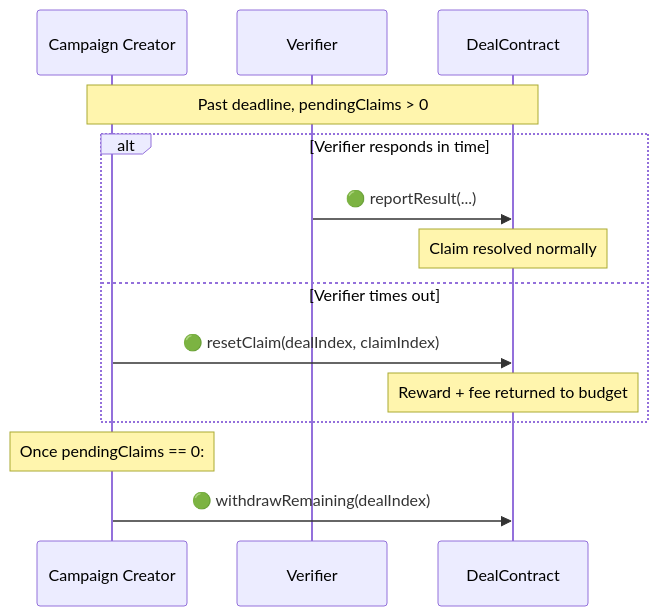
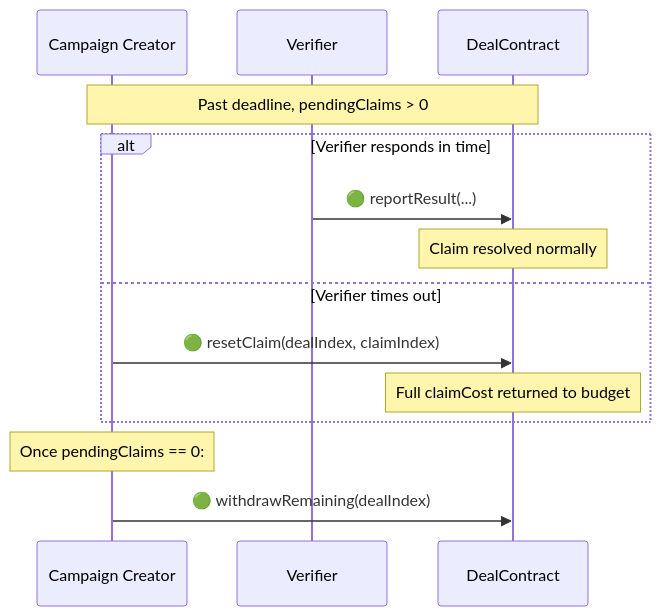
The fifth of 5 diagrams in examples/x-follow/x-follow-design.md (synctxai/synctx), drawn with Mermaid before and after one commit. The commit also changed other lines of this file and 1 other file, not shown here.

First line of the commit message:
docs(x-follow): per-claim protocol fee from budget, no upfront fee at creation

````diff
--- a/examples/x-follow/x-follow-design.md
+++ b/examples/x-follow/x-follow-design.md
@@ -305,19 +309,19 @@
 ```mermaid
 sequenceDiagram
     participant A as Campaign Creator
     participant V as Verifier
     participant D as DealContract
 
     Note over A,D: Past deadline, pendingClaims > 0
 
     alt Verifier responds in time
         V->>D: 🟢 reportResult(...)
         Note over D: Claim resolved normally
     else Verifier times out
         A->>D: 🟢 resetClaim(dealIndex, claimIndex)
-        Note over D: Reward + fee returned to budget
+        Note over D: Full claimCost returned to budget
     end
 
     Note over A: Once pendingClaims == 0:
     A->>D: 🟢 withdrawRemaining(dealIndex)
 ```
````
